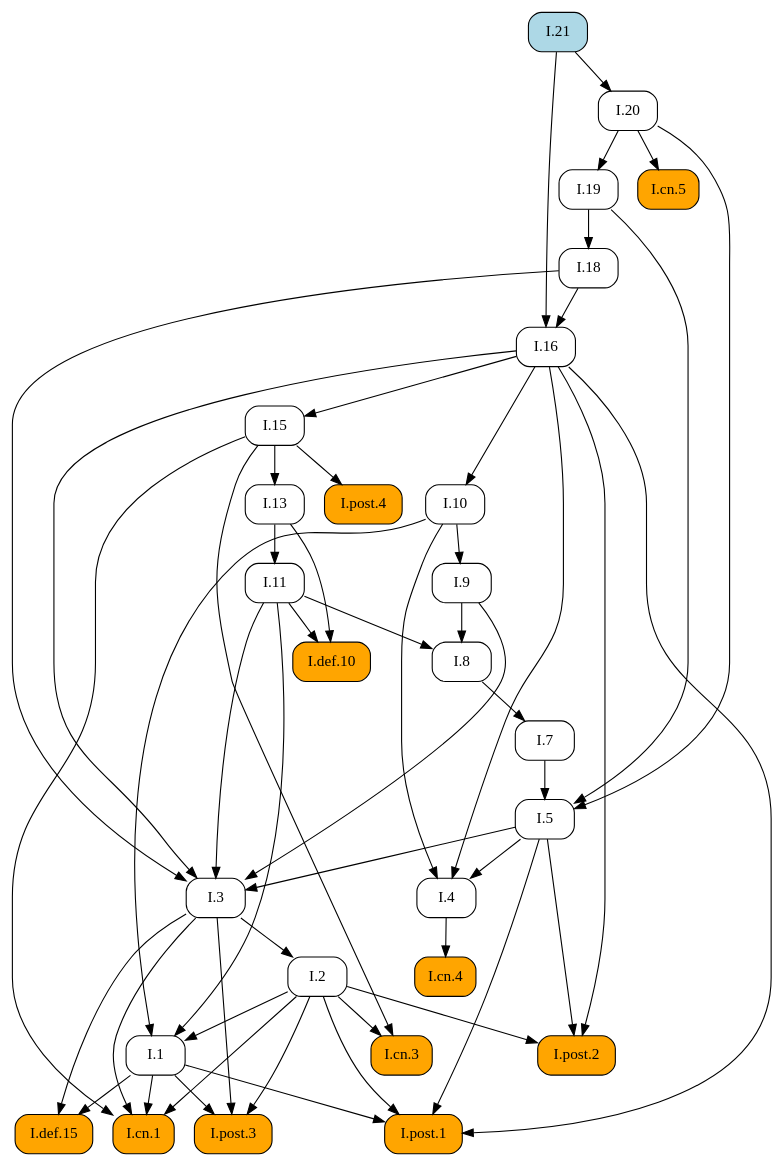
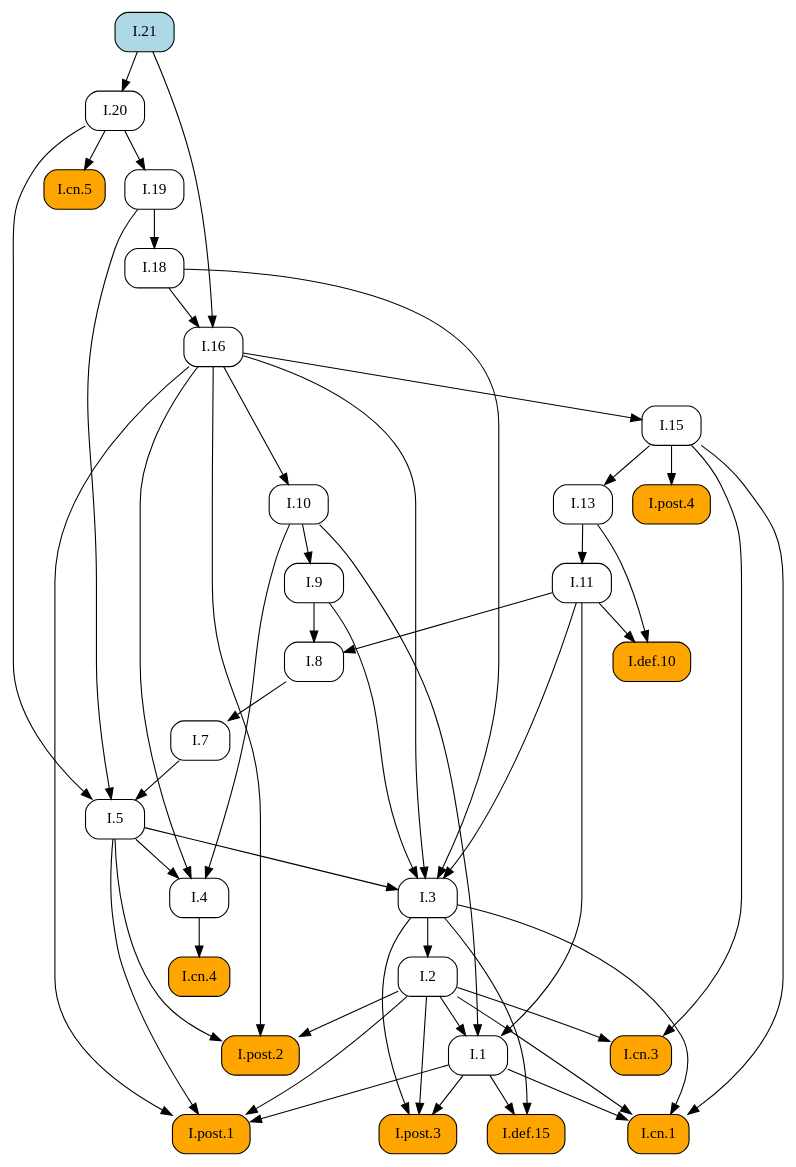
Before and after one commit to geometor/elements: the diagram in docsrc/heath/I/21/index.rst, drawn with Graphviz. The commit also changed other lines of this file and 484 other files, not shown here.

```diff
--- a/docsrc/heath/I/21/index.rst
+++ b/docsrc/heath/I/21/index.rst
@@ -77,82 +77,82 @@
    digraph {
      rankdir="TB";
      node [shape=box, style=rounded];
-     "I.def.10" [style="rounded,filled", fillcolor=orange, URL="/heath/I/def.10/", target="_top"];
-     "I.cn.5" [style="rounded,filled", fillcolor=orange, URL="/heath/I/cn.5/", target="_top"];
-     "I.post.4" [style="rounded,filled", fillcolor=orange, URL="/heath/I/post.4/", target="_top"];
-     "I.1" [URL="/heath/I/1/", target="_top"];
-     "I.11" [URL="/heath/I/11/", target="_top"];
-     "I.7" [URL="/heath/I/7/", target="_top"];
-     "I.20" [URL="/heath/I/20/", target="_top"];
-     "I.3" [URL="/heath/I/3/", target="_top"];
-     "I.2" [URL="/heath/I/2/", target="_top"];
-     "I.4" [URL="/heath/I/4/", target="_top"];
-     "I.13" [URL="/heath/I/13/", target="_top"];
      "I.21" [style="rounded,filled", fillcolor=lightblue, URL="/heath/I/21/", target="_top"];
-     "I.post.2" [style="rounded,filled", fillcolor=orange, URL="/heath/I/post.2/", target="_top"];
-     "I.18" [URL="/heath/I/18/", target="_top"];
-     "I.16" [URL="/heath/I/16/", target="_top"];
-     "I.def.15" [style="rounded,filled", fillcolor=orange, URL="/heath/I/def.15/", target="_top"];
-     "I.19" [URL="/heath/I/19/", target="_top"];
-     "I.post.3" [style="rounded,filled", fillcolor=orange, URL="/heath/I/post.3/", target="_top"];
      "I.9" [URL="/heath/I/9/", target="_top"];
      "I.cn.1" [style="rounded,filled", fillcolor=orange, URL="/heath/I/cn.1/", target="_top"];
+     "I.7" [URL="/heath/I/7/", target="_top"];
+     "I.2" [URL="/heath/I/2/", target="_top"];
+     "I.def.15" [style="rounded,filled", fillcolor=orange, URL="/heath/I/def.15/", target="_top"];
+     "I.13" [URL="/heath/I/13/", target="_top"];
+     "I.post.4" [style="rounded,filled", fillcolor=orange, URL="/heath/I/post.4/", target="_top"];
+     "I.4" [URL="/heath/I/4/", target="_top"];
+     "I.1" [URL="/heath/I/1/", target="_top"];
+     "I.post.3" [style="rounded,filled", fillcolor=orange, URL="/heath/I/post.3/", target="_top"];
+     "I.post.1" [style="rounded,filled", fillcolor=orange, URL="/heath/I/post.1/", target="_top"];
+     "I.5" [URL="/heath/I/5/", target="_top"];
+     "I.19" [URL="/heath/I/19/", target="_top"];
+     "I.8" [URL="/heath/I/8/", target="_top"];
      "I.cn.3" [style="rounded,filled", fillcolor=orange, URL="/heath/I/cn.3/", target="_top"];
-     "I.8" [URL="/heath/I/8/", target="_top"];
+     "I.16" [URL="/heath/I/16/", target="_top"];
+     "I.20" [URL="/heath/I/20/", target="_top"];
+     "I.def.10" [style="rounded,filled", fillcolor=orange, URL="/heath/I/def.10/", target="_top"];
+     "I.18" [URL="/heath/I/18/", target="_top"];
+     "I.15" [URL="/heath/I/15/", target="_top"];
+     "I.10" [URL="/heath/I/10/", target="_top"];
+     "I.11" [URL="/heath/I/11/", target="_top"];
      "I.cn.4" [style="rounded,filled", fillcolor=orange, URL="/heath/I/cn.4/", target="_top"];
-     "I.15" [URL="/heath/I/15/", target="_top"];
-     "I.post.1" [style="rounded,filled", fillcolor=orange, URL="/heath/I/post.1/", target="_top"];
-     "I.10" [URL="/heath/I/10/", target="_top"];
-     "I.5" [URL="/heath/I/5/", target="_top"];
-     "I.11" -> "I.def.10";
-     "I.13" -> "I.def.10";
-     "I.20" -> "I.cn.5";
+     "I.post.2" [style="rounded,filled", fillcolor=orange, URL="/heath/I/post.2/", target="_top"];
+     "I.cn.5" [style="rounded,filled", fillcolor=orange, URL="/heath/I/cn.5/", target="_top"];
+     "I.3" [URL="/heath/I/3/", target="_top"];
+     "I.10" -> "I.9";
+     "I.1" -> "I.cn.1";
+     "I.2" -> "I.cn.1";
+     "I.3" -> "I.cn.1";
+     "I.15" -> "I.cn.1";
+     "I.8" -> "I.7";
+     "I.3" -> "I.2";
+     "I.1" -> "I.def.15";
+     "I.3" -> "I.def.15";
+     "I.15" -> "I.13";
      "I.15" -> "I.post.4";
+     "I.5" -> "I.4";
+     "I.10" -> "I.4";
+     "I.16" -> "I.4";
      "I.2" -> "I.1";
      "I.10" -> "I.1";
      "I.11" -> "I.1";
+     "I.1" -> "I.post.3";
+     "I.2" -> "I.post.3";
+     "I.3" -> "I.post.3";
+     "I.1" -> "I.post.1";
+     "I.2" -> "I.post.1";
+     "I.5" -> "I.post.1";
+     "I.16" -> "I.post.1";
+     "I.7" -> "I.5";
+     "I.19" -> "I.5";
+     "I.20" -> "I.5";
+     "I.20" -> "I.19";
+     "I.9" -> "I.8";
+     "I.11" -> "I.8";
+     "I.2" -> "I.cn.3";
+     "I.15" -> "I.cn.3";
+     "I.18" -> "I.16";
+     "I.21" -> "I.16";
+     "I.21" -> "I.20";
+     "I.11" -> "I.def.10";
+     "I.13" -> "I.def.10";
+     "I.19" -> "I.18";
+     "I.16" -> "I.15";
+     "I.16" -> "I.10";
      "I.13" -> "I.11";
-     "I.8" -> "I.7";
-     "I.21" -> "I.20";
+     "I.4" -> "I.cn.4";
+     "I.2" -> "I.post.2";
+     "I.5" -> "I.post.2";
+     "I.16" -> "I.post.2";
+     "I.20" -> "I.cn.5";
      "I.5" -> "I.3";
      "I.9" -> "I.3";
      "I.11" -> "I.3";
      "I.16" -> "I.3";
      "I.18" -> "I.3";
-     "I.3" -> "I.2";
-     "I.5" -> "I.4";
-     "I.10" -> "I.4";
-     "I.16" -> "I.4";
-     "I.15" -> "I.13";
-     "I.2" -> "I.post.2";
-     "I.5" -> "I.post.2";
-     "I.16" -> "I.post.2";
-     "I.19" -> "I.18";
-     "I.18" -> "I.16";
-     "I.21" -> "I.16";
-     "I.1" -> "I.def.15";
-     "I.3" -> "I.def.15";
-     "I.20" -> "I.19";
-     "I.1" -> "I.post.3";
-     "I.2" -> "I.post.3";
-     "I.3" -> "I.post.3";
-     "I.10" -> "I.9";
-     "I.1" -> "I.cn.1";
-     "I.2" -> "I.cn.1";
-     "I.3" -> "I.cn.1";
-     "I.15" -> "I.cn.1";
-     "I.2" -> "I.cn.3";
-     "I.15" -> "I.cn.3";
-     "I.9" -> "I.8";
-     "I.11" -> "I.8";
-     "I.4" -> "I.cn.4";
-     "I.16" -> "I.15";
-     "I.1" -> "I.post.1";
-     "I.2" -> "I.post.1";
-     "I.5" -> "I.post.1";
-     "I.16" -> "I.post.1";
-     "I.16" -> "I.10";
-     "I.7" -> "I.5";
-     "I.19" -> "I.5";
-     "I.20" -> "I.5";
    }
```
